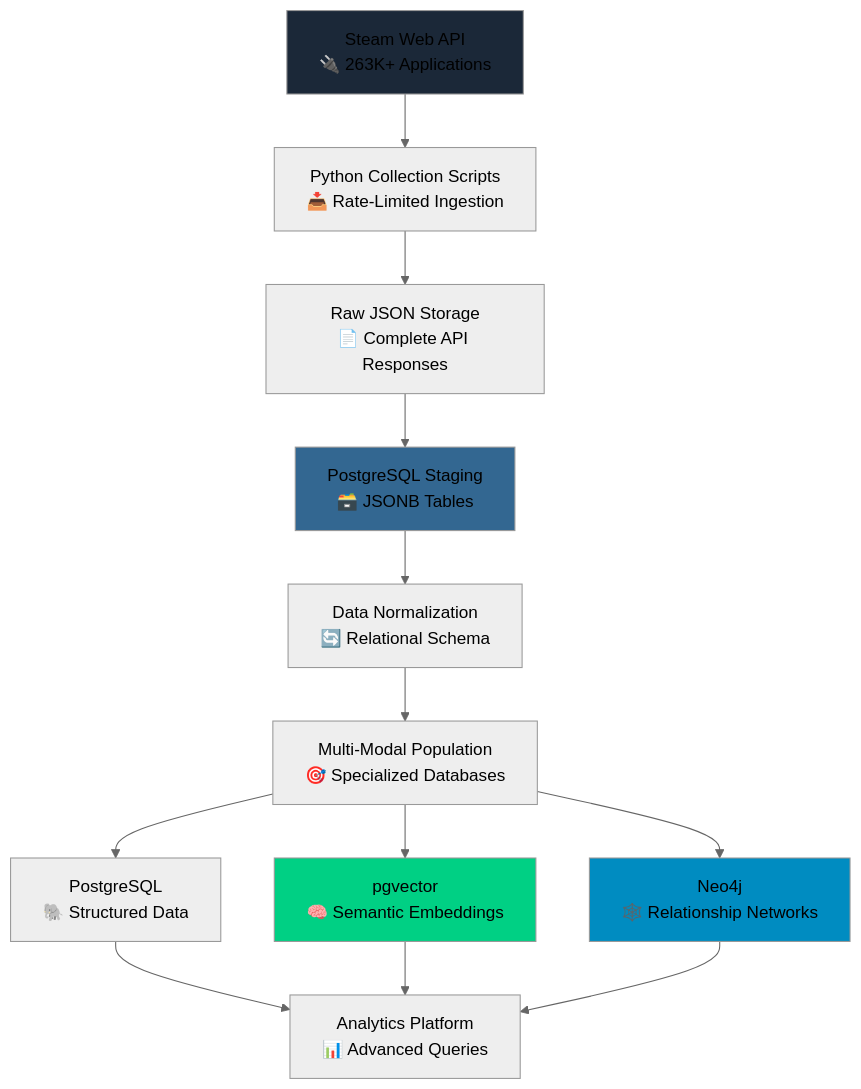
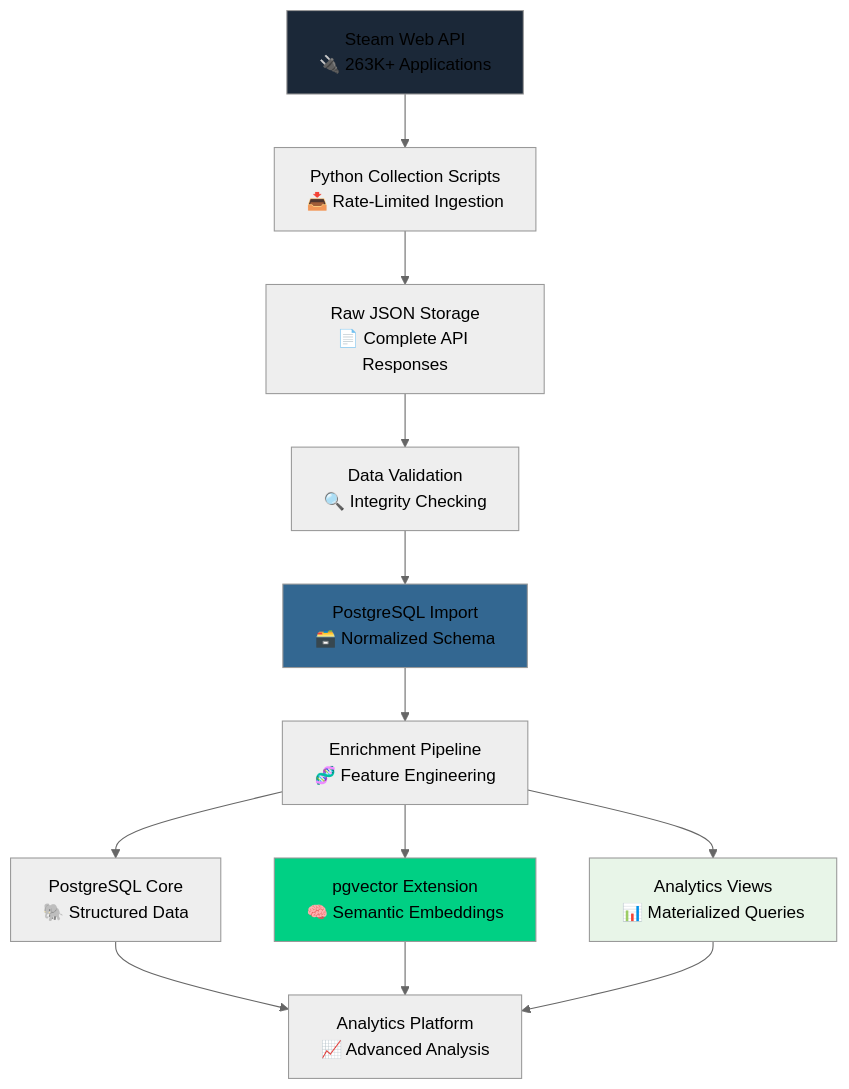
Before and after one commit to vintagedon/steam-dataset-2025: the diagram in README.md, drawn with Mermaid (neutral theme). The commit also changed other lines of this file and 63 other files, not shown here.

````diff
--- a/README.md
+++ b/README.md
@@ -77,21 +82,21 @@
 ```mermaid
 graph TD
     A[Steam Web API<br/>🔌 263K+ Applications] --> B[Python Collection Scripts<br/>📥 Rate-Limited Ingestion]
     B --> C[Raw JSON Storage<br/>📄 Complete API Responses]
-    C --> D[PostgreSQL Staging<br/>🗃️ JSONB Tables]
-    D --> E[Data Normalization<br/>🔄 Relational Schema]
-    E --> F[Multi-Modal Population<br/>🎯 Specialized Databases]
+    C --> D[Data Validation<br/>🔍 Integrity Checking]
+    D --> E[PostgreSQL Import<br/>🗃️ Normalized Schema]
+    E --> F[Enrichment Pipeline<br/>🧬 Feature Engineering]
     
-    F --> G[PostgreSQL<br/>🐘 Structured Data]
-    F --> H[pgvector<br/>🧠 Semantic Embeddings]
-    F --> I[Neo4j<br/>🕸️ Relationship Networks]
+    F --> G[PostgreSQL Core<br/>🐘 Structured Data]
+    F --> H[pgvector Extension<br/>🧠 Semantic Embeddings]
+    F --> I[Analytics Views<br/>📊 Materialized Queries]
     
-    G --> J[Analytics Platform<br/>📊 Advanced Queries]
+    G --> J[Analytics Platform<br/>📈 Advanced Analysis]
     H --> J
     I --> J
     
     style A fill:#1b2838
-    style D fill:#336791
+    style E fill:#336791
     style H fill:#00d084
-    style I fill:#008cc1
+    style I fill:#e8f5e8
 ```
````
